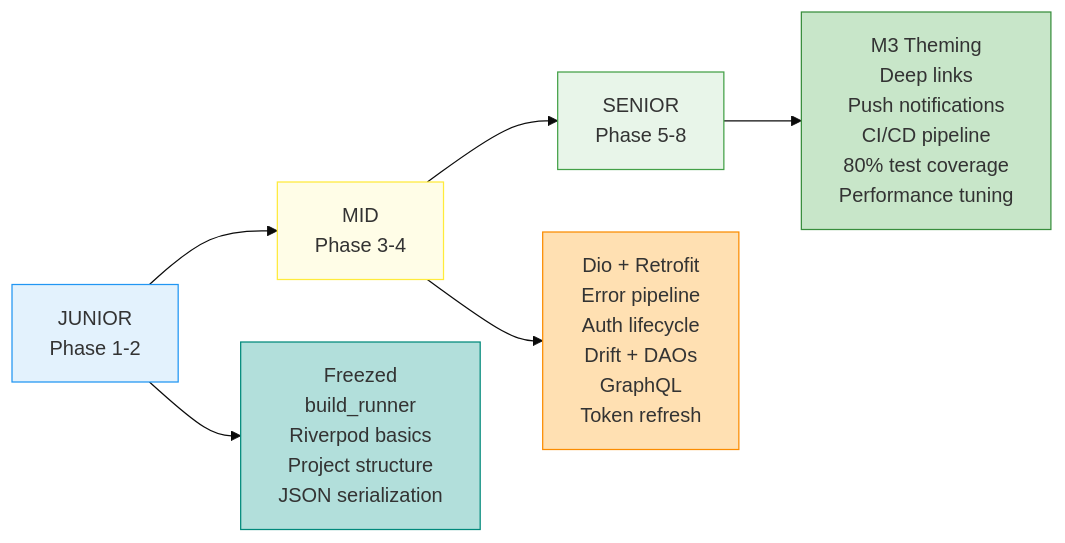
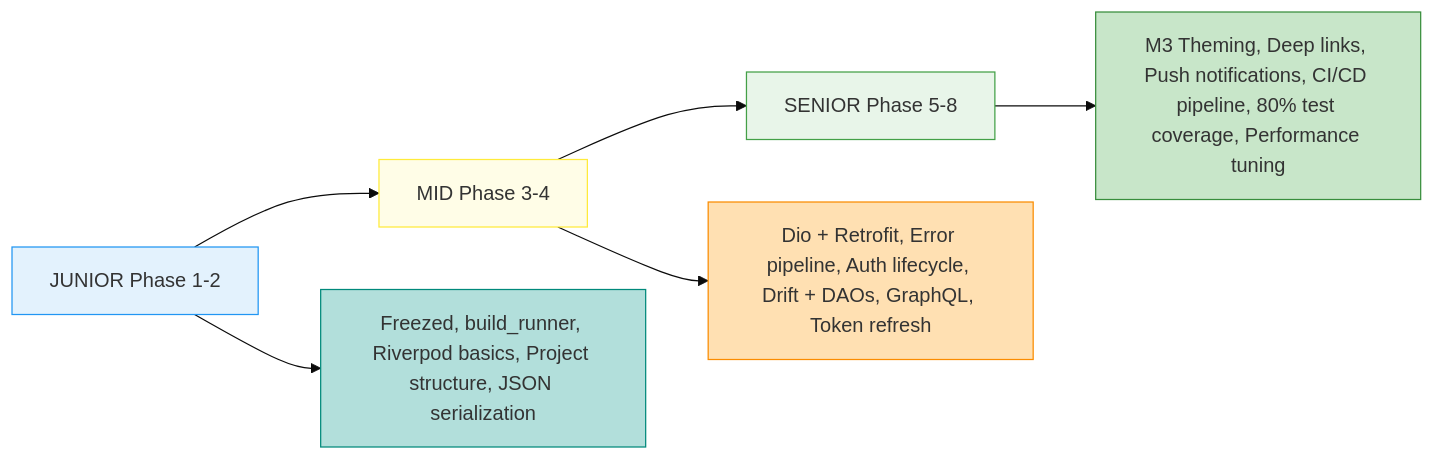
Before and after one commit to MohamedRamadanSalah/Flutter_RoadMap_Deep_Learning: the second of 5 diagrams in learning_system/learning_plan.md, drawn with Mermaid (base theme). The commit also changed other lines of this file, not shown here.

Commit message:
Refactor learning plan mermaid diagrams for improved clarity and consistency

````diff
--- a/learning_system/learning_plan.md
+++ b/learning_system/learning_plan.md
@@ -38,14 +38,14 @@
 ```mermaid
 graph LR
-  J[JUNIOR\nPhase 1-2] --> M[MID\nPhase 3-4]
-  M --> S[SENIOR\nPhase 5-8]
-  J --> F[Freezed\nbuild_runner\nRiverpod basics\nProject structure\nJSON serialization]
-  M --> D[Dio + Retrofit\nError pipeline\nAuth lifecycle\nDrift + DAOs\nGraphQL\nToken refresh]
-  S --> T[M3 Theming\nDeep links\nPush notifications\nCI/CD pipeline\n80% test coverage\nPerformance tuning]
+  J[JUNIOR Phase 1-2] --> M[MID Phase 3-4]
+  M --> S[SENIOR Phase 5-8]
+  J --> F[Freezed, build_runner, Riverpod basics, Project structure, JSON serialization]
+  M --> D[Dio + Retrofit, Error pipeline, Auth lifecycle, Drift + DAOs, GraphQL, Token refresh]
+  S --> T[M3 Theming, Deep links, Push notifications, CI/CD pipeline, 80% test coverage, Performance tuning]
   style J fill:#e3f2fd,stroke:#2196f3
   style M fill:#fffde7,stroke:#ffeb3b
   style S fill:#e8f5e9,stroke:#43a047
   style F fill:#b2dfdb,stroke:#00897b
   style D fill:#ffe0b2,stroke:#fb8c00
   style T fill:#c8e6c9,stroke:#388e3c
 ```
````
